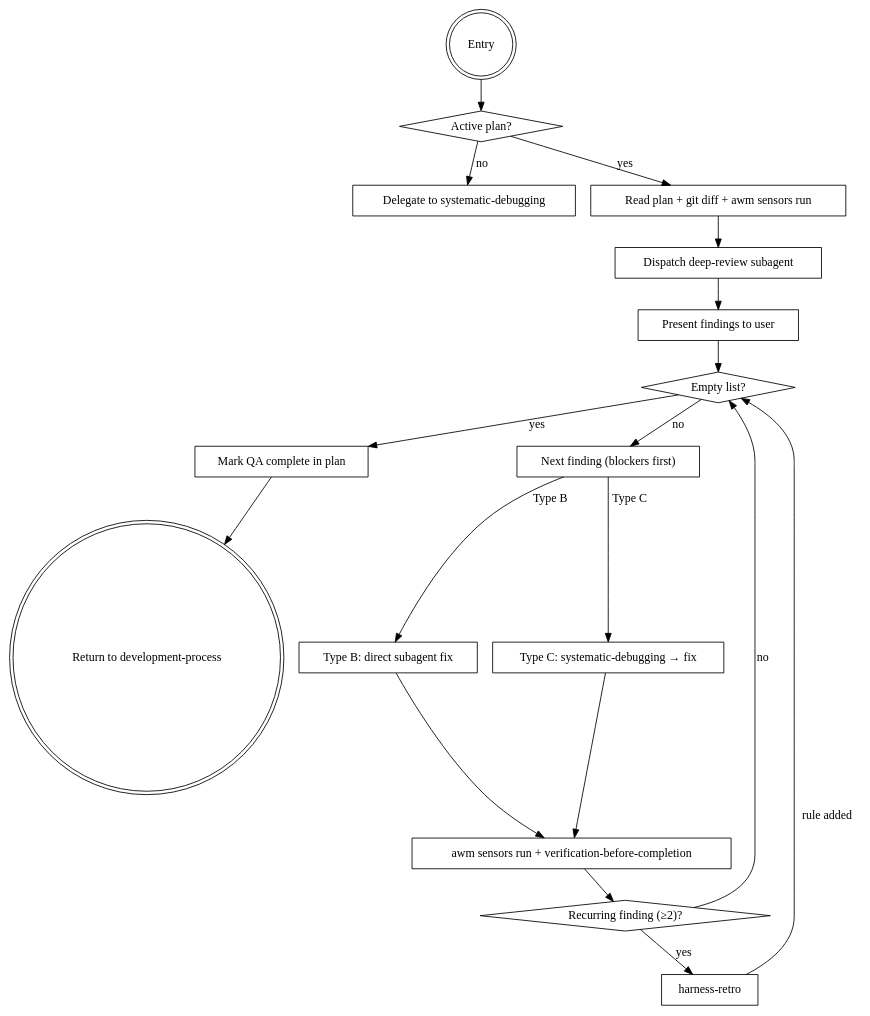
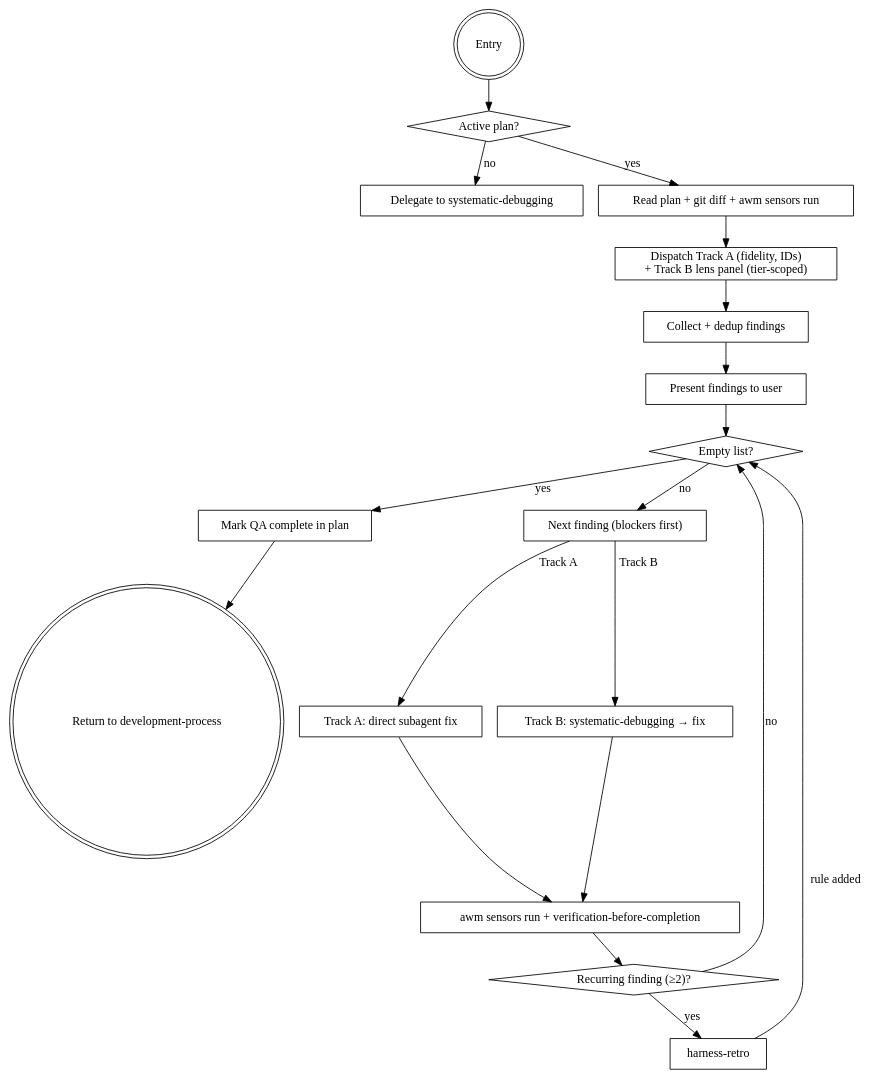
One commit to Kodria/awm-baseline-registry changed the diagram in skills/post-implementation-qa/SKILL.md. Above: the diagram before and after it, drawn with Graphviz. The commit also changed other lines of this file and 9 other files, not shown here.

First line of the commit message:
Requirements layer (EARS + IDs + traceability) + two-track multi-lens QA (#2)

````diff
--- a/skills/post-implementation-qa/SKILL.md
+++ b/skills/post-implementation-qa/SKILL.md
@@ -38,39 +67,41 @@
 ```dot
 digraph qa_process {
     rankdir=TB;
 
     "Entry" [shape=doublecircle];
     "Active plan?" [shape=diamond];
     "Delegate to systematic-debugging" [shape=box];
     "Read plan + git diff + awm sensors run" [shape=box];
-    "Dispatch deep-review subagent" [shape=box];
+    "Dispatch Track A (fidelity, IDs)\n+ Track B lens panel (tier-scoped)" [shape=box];
+    "Collect + dedup findings" [shape=box];
     "Present findings to user" [shape=box];
     "Empty list?" [shape=diamond];
     "Mark QA complete in plan" [shape=box];
     "Return to development-process" [shape=doublecircle];
     "Next finding (blockers first)" [shape=box];
-    "Type B: direct subagent fix" [shape=box];
-    "Type C: systematic-debugging → fix" [shape=box];
+    "Track A: direct subagent fix" [shape=box];
+    "Track B: systematic-debugging → fix" [shape=box];
     "awm sensors run + verification-before-completion" [shape=box];
     "Recurring finding (≥2)?" [shape=diamond];
     "harness-retro" [shape=box];
 
     "Entry" -> "Active plan?";
     "Active plan?" -> "Delegate to systematic-debugging" [label="no"];
     "Active plan?" -> "Read plan + git diff + awm sensors run" [label="yes"];
-    "Read plan + git diff + awm sensors run" -> "Dispatch deep-review subagent";
-    "Dispatch deep-review subagent" -> "Present findings to user";
+    "Read plan + git diff + awm sensors run" -> "Dispatch Track A (fidelity, IDs)\n+ Track B lens panel (tier-scoped)";
+    "Dispatch Track A (fidelity, IDs)\n+ Track B lens panel (tier-scoped)" -> "Collect + dedup findings";
+    "Collect + dedup findings" -> "Present findings to user";
     "Present findings to user" -> "Empty list?";
     "Empty list?" -> "Mark QA complete in plan" [label="yes"];
     "Mark QA complete in plan" -> "Return to development-process";
     "Empty list?" -> "Next finding (blockers first)" [label="no"];
-    "Next finding (blockers first)" -> "Type B: direct subagent fix" [label="Type B"];
-    "Next finding (blockers first)" -> "Type C: systematic-debugging → fix" [label="Type C"];
-    "Type B: direct subagent fix" -> "awm sensors run + verification-before-completion";
-    "Type C: systematic-debugging → fix" -> "awm sensors run + verification-before-completion";
+    "Next finding (blockers first)" -> "Track A: direct subagent fix" [label="Track A"];
+    "Next finding (blockers first)" -> "Track B: systematic-debugging → fix" [label="Track B"];
+    "Track A: direct subagent fix" -> "awm sensors run + verification-before-completion";
+    "Track B: systematic-debugging → fix" -> "awm sensors run + verification-before-completion";
     "awm sensors run + verification-before-completion" -> "Recurring finding (≥2)?";
     "Recurring finding (≥2)?" -> "harness-retro" [label="yes"];
     "harness-retro" -> "Empty list?" [label="rule added"];
     "Recurring finding (≥2)?" -> "Empty list?" [label="no"];
 }
 ```
````
